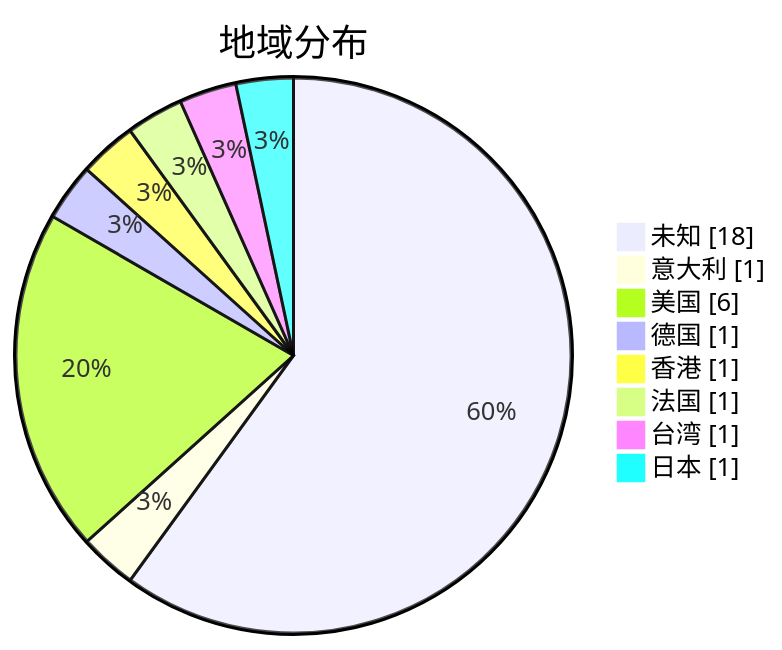
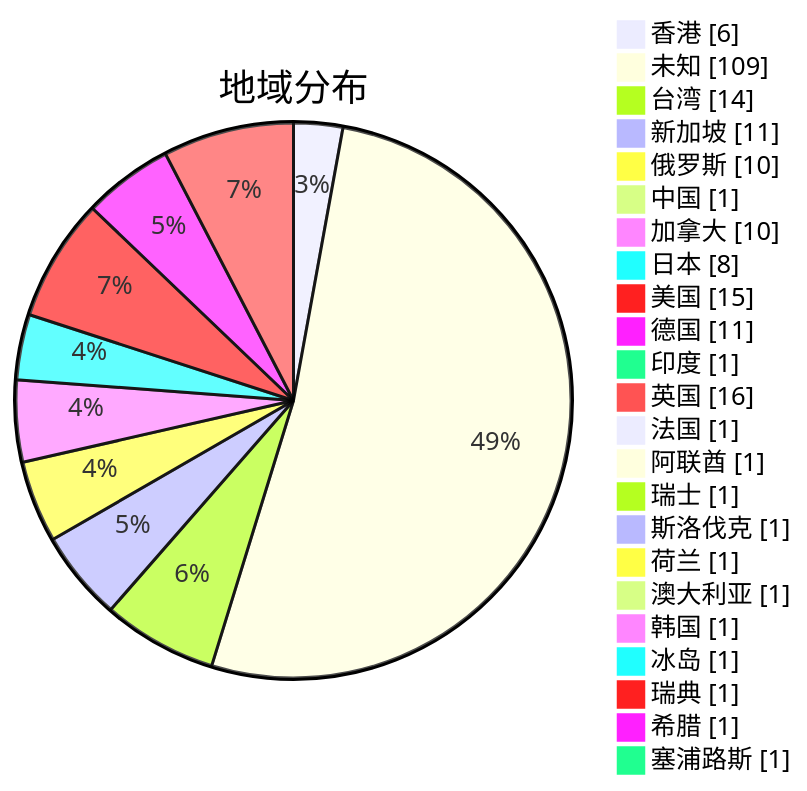
One commit to sinspired/airport changed the second of 3 diagrams in subs/statistics/tested_within.md. Above: the diagram before and after it, drawn with Mermaid. The commit also changed other lines of this file and 2 other files, not shown here.

Commit message:
Committed by metaST

````diff
--- a/subs/statistics/tested_within.md
+++ b/subs/statistics/tested_within.md
@@ -10,12 +14,27 @@
 ```mermaid
 pie showData
 title 地域分布
-"未知" : 18
-"意大利" : 1
-"美国" : 6
-"德国" : 1
-"香港" : 1
+"香港" : 6
+"未知" : 109
+"台湾" : 14
+"新加坡" : 11
+"俄罗斯" : 10
+"中国" : 1
+"加拿大" : 10
+"日本" : 8
+"美国" : 15
+"德国" : 11
+"印度" : 1
+"英国" : 16
 "法国" : 1
-"台湾" : 1
-"日本" : 1
+"阿联酋" : 1
+"瑞士" : 1
+"斯洛伐克" : 1
+"荷兰" : 1
+"澳大利亚" : 1
+"韩国" : 1
+"冰岛" : 1
+"瑞典" : 1
+"希腊" : 1
+"塞浦路斯" : 1
 ```
````
